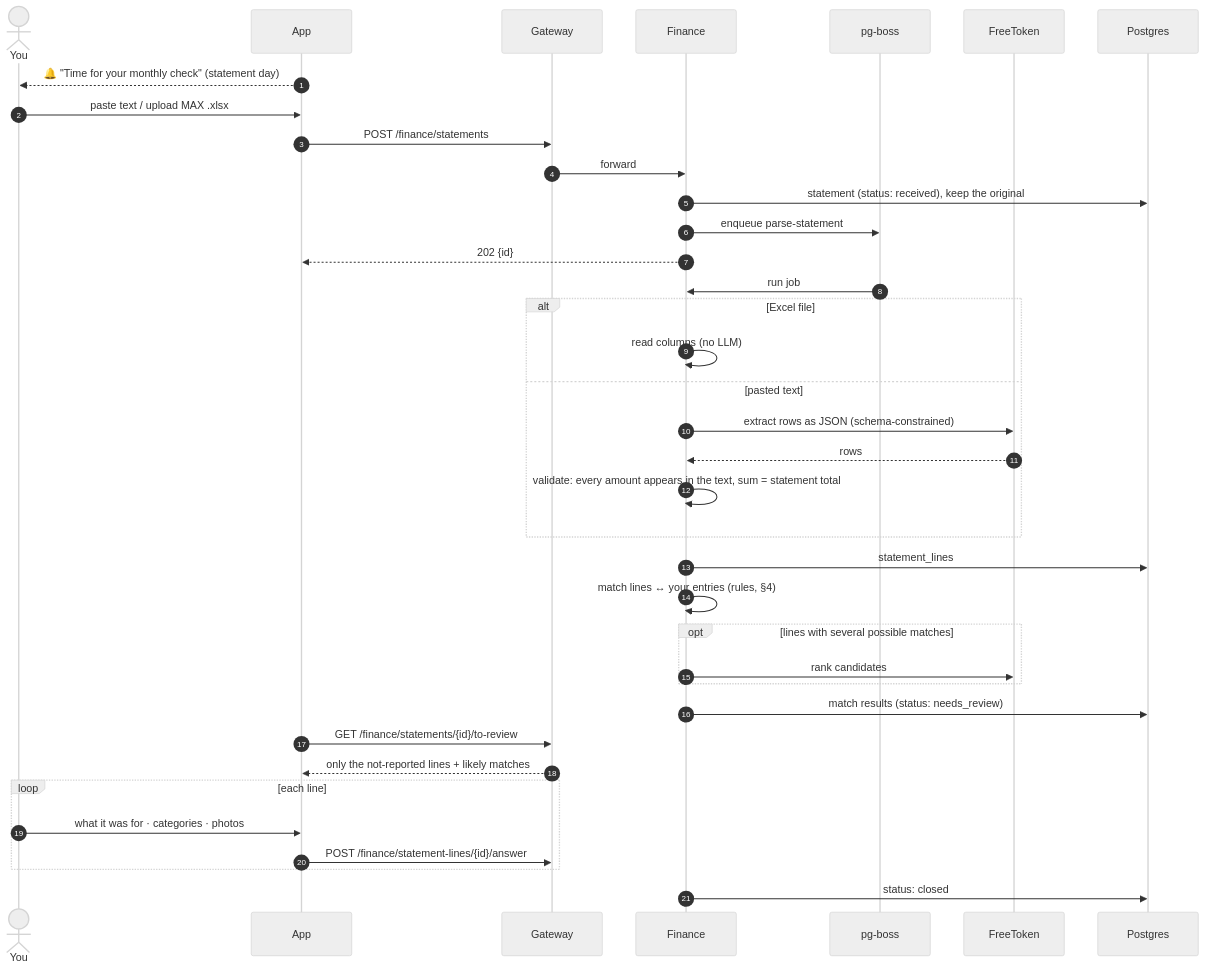
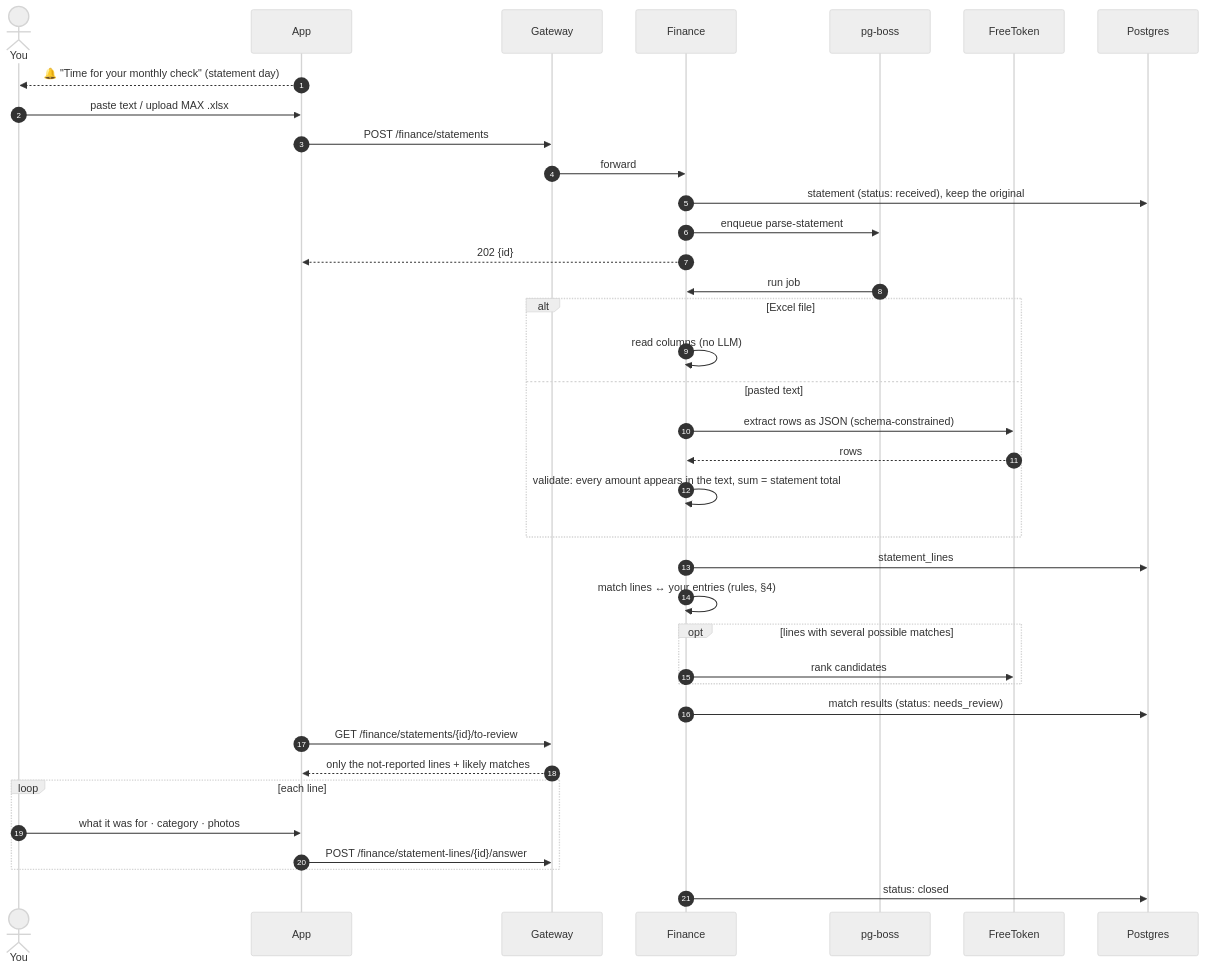
Before and after one commit to LidorElmakaies/personal-copilot: the third of 7 diagrams in docs/plans/finance/README.md, drawn with Mermaid (neutral theme). The commit also changed other lines of this file and 33 other files, not shown here.

````diff
--- a/docs/plans/finance/README.md
+++ b/docs/plans/finance/README.md
@@ -122,40 +122,40 @@
 ```mermaid
 sequenceDiagram
   autonumber
   actor U as You
   participant App
   participant GW as Gateway
   participant F as Finance
   participant Q as pg-boss
   participant L as FreeToken
   participant DB as Postgres
 
   App-->>U: 🔔 "Time for your monthly check" (statement day)
   U->>App: paste text  /  upload MAX .xlsx
   App->>GW: POST /finance/statements
   GW->>F: forward
   F->>DB: statement (status: received), keep the original
   F->>Q: enqueue parse-statement
   F-->>App: 202 {id}
   Q->>F: run job
   alt Excel file
     F->>F: read columns (no LLM)
   else pasted text
     F->>L: extract rows as JSON (schema-constrained)
     L-->>F: rows
     F->>F: validate: every amount appears in the text, sum = statement total
   end
   F->>DB: statement_lines
   F->>F: match lines ↔ your entries (rules, §4)
   opt lines with several possible matches
     F->>L: rank candidates
   end
   F->>DB: match results (status: needs_review)
   App->>GW: GET /finance/statements/{id}/to-review
   GW-->>App: only the not-reported lines + likely matches
   loop each line
-    U->>App: what it was for · categories · photos
+    U->>App: what it was for · category · photos
     App->>GW: POST /finance/statement-lines/{id}/answer
   end
   F->>DB: status: closed
 ```
````
